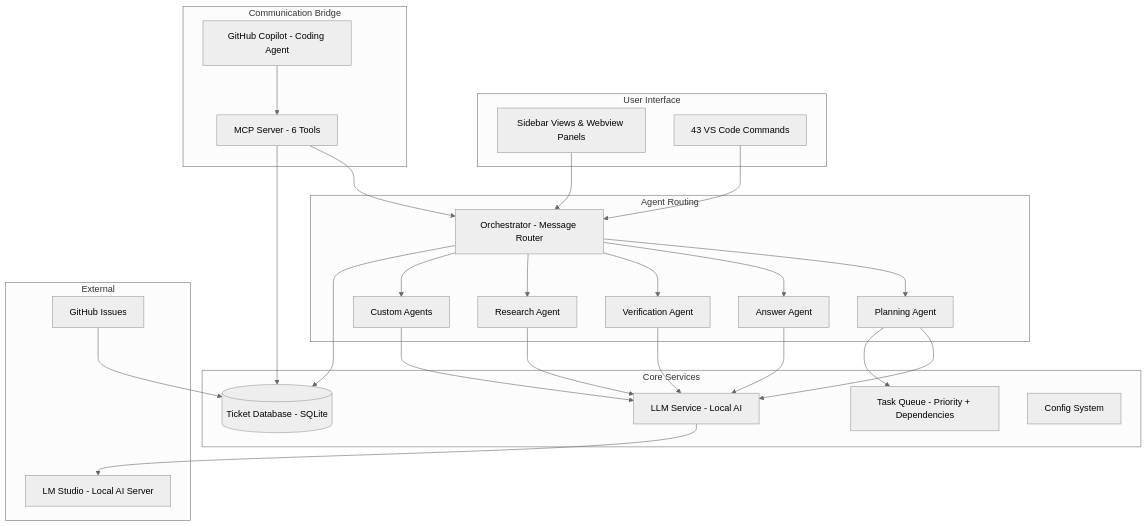
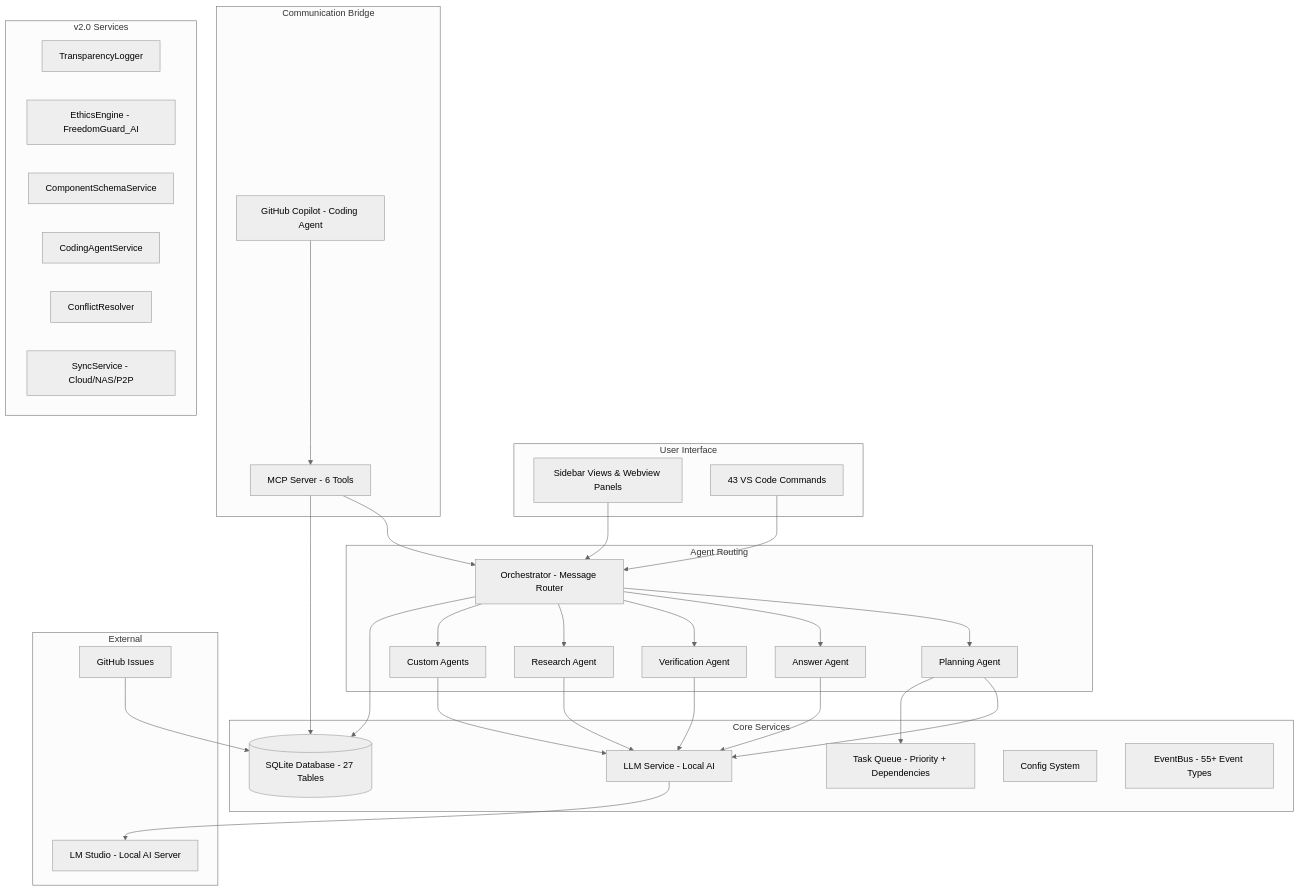
One commit to xXKillerNoobYT/Copilot-Orchestration-Extension-COE-Run-2 changed the diagram in True Plan/02-System-Architecture-and-Design.md. Above: the diagram before and after it, drawn with Mermaid (neutral theme). The commit also changed other lines of this file and 22 other files, not shown here.

First line of the commit message:
Add unit tests for TransparencyLogger functionality

````diff
--- a/True Plan/02-System-Architecture-and-Design.md
+++ b/True Plan/02-System-Architecture-and-Design.md
@@ -125,57 +142,67 @@
 ```mermaid
 flowchart TB
     subgraph "User Interface"
         UI[Sidebar Views & Webview Panels]
         CMD[43 VS Code Commands]
     end
 
     subgraph "Agent Routing"
         ORCH[Orchestrator - Message Router]
         PLAN[Planning Agent]
         ANS[Answer Agent]
         VER[Verification Agent]
         RES[Research Agent]
         CUSTOM[Custom Agents]
     end
 
     subgraph "Communication Bridge"
         MCP[MCP Server - 6 Tools]
         COPILOT[GitHub Copilot - Coding Agent]
     end
 
     subgraph "Core Services"
-        TDB[(Ticket Database - SQLite)]
+        TDB[(SQLite Database - 27 Tables)]
         TQ[Task Queue - Priority + Dependencies]
         LLM[LLM Service - Local AI]
         CFG[Config System]
+        EB[EventBus - 55+ Event Types]
+    end
+
+    subgraph "v2.0 Services"
+        TLOG[TransparencyLogger]
+        ETHICS[EthicsEngine - FreedomGuard_AI]
+        COMP[ComponentSchemaService]
+        CODING[CodingAgentService]
+        CONFLICT[ConflictResolver]
+        SYNC[SyncService - Cloud/NAS/P2P]
     end
 
     subgraph "External"
         LMSTUDIO[LM Studio - Local AI Server]
         GH[GitHub Issues]
     end
 
     UI --> ORCH
     CMD --> ORCH
     COPILOT --> MCP
     MCP --> ORCH
 
     ORCH --> PLAN
     ORCH --> ANS
     ORCH --> VER
     ORCH --> RES
     ORCH --> CUSTOM
 
     PLAN --> LLM
     ANS --> LLM
     VER --> LLM
     RES --> LLM
     CUSTOM --> LLM
 
     LLM --> LMSTUDIO
 
     ORCH --> TDB
     PLAN --> TQ
     MCP --> TDB
     GH --> TDB
 ```
````
